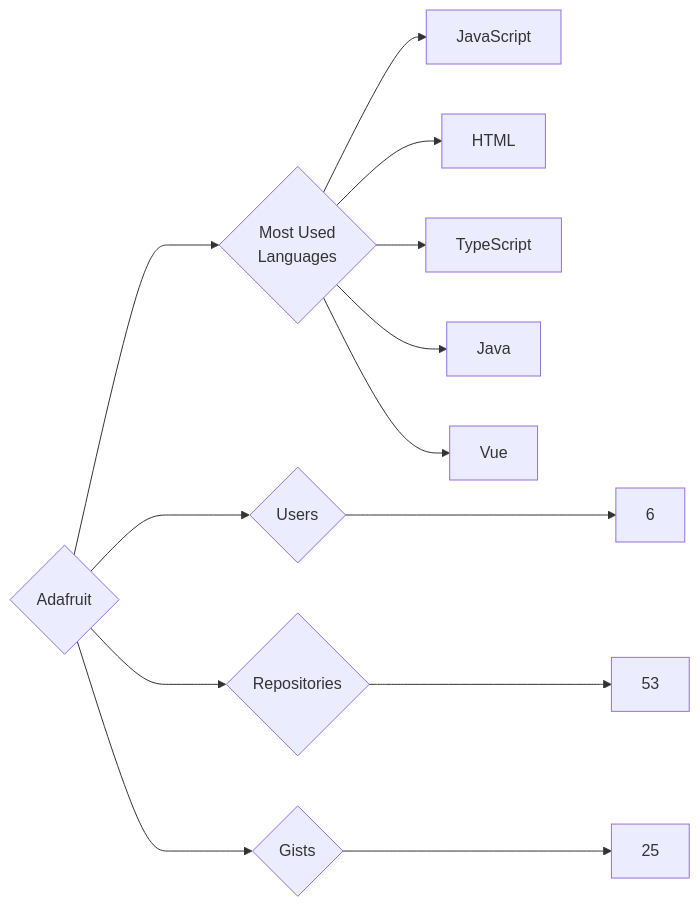
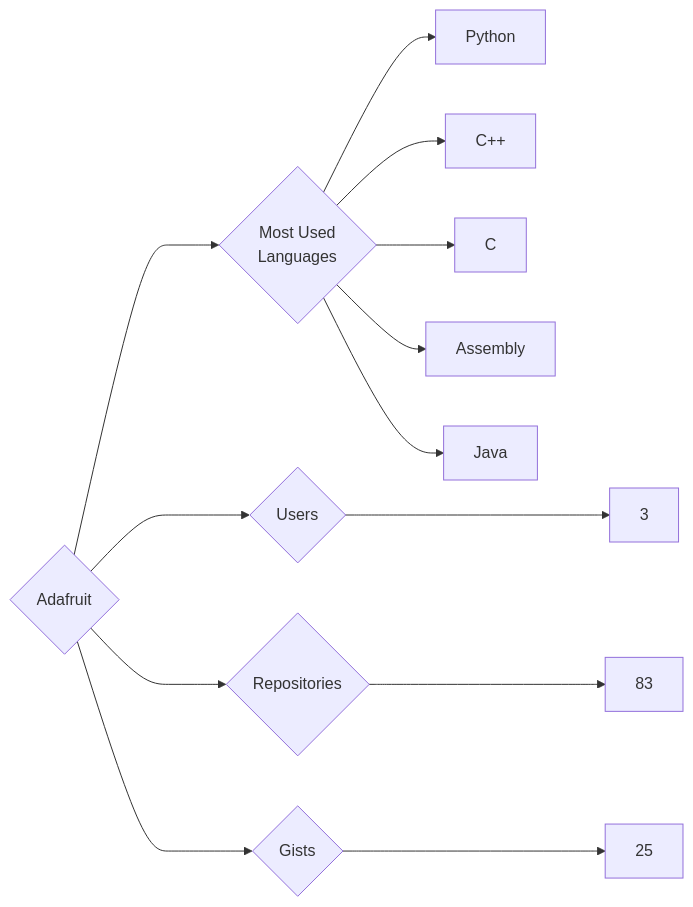
The diagram in targets/Adafruit/README.md (trickest/insiders), drawn with Mermaid before and after one commit. The commit also changed 776 other files, not shown here.

````diff
--- a/targets/Adafruit/README.md
+++ b/targets/Adafruit/README.md
@@ -3,13 +3,13 @@
 ```mermaid
 graph LR
 COMPANY_NAME{Adafruit}
-COMPANY_NAME ---> U{Users} ---> UN[6]
-COMPANY_NAME ---> R{Repositories} ---> RN[53]
+COMPANY_NAME ---> U{Users} ---> UN[3]
+COMPANY_NAME ---> R{Repositories} ---> RN[83]
 COMPANY_NAME ---> G{Gists} ---> GN[25]
 COMPANY_NAME ---> ML{Most Used<br>Languages}
-ML --> JavaScript[JavaScript]
-ML --> HTML[HTML]
-ML --> TypeScript[TypeScript]
+ML --> Python[Python]
+ML --> C++[C++]
+ML --> C[C]
+ML --> Assembly[Assembly]
 ML --> Java[Java]
-ML --> Vue[Vue]
 ```
````
